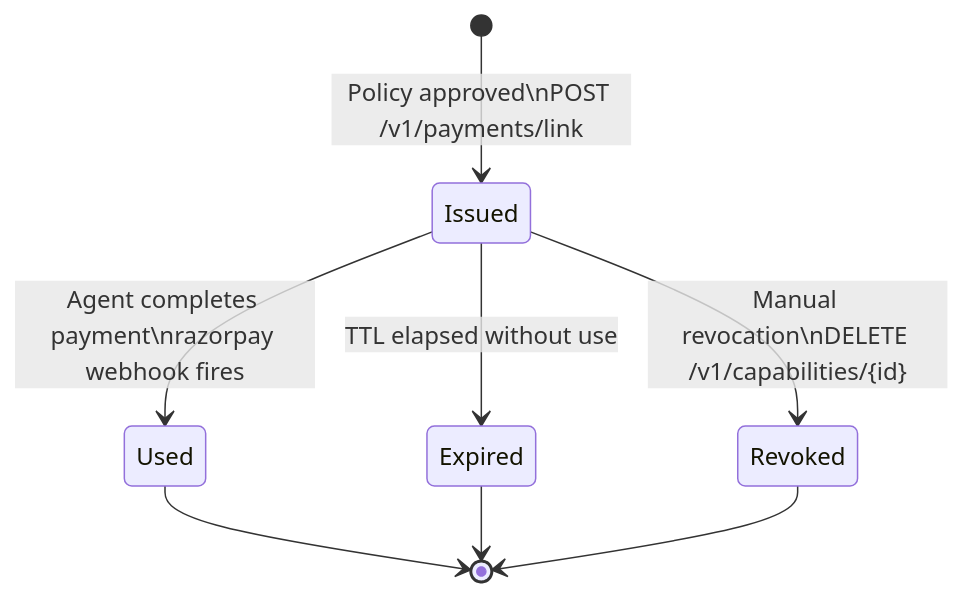
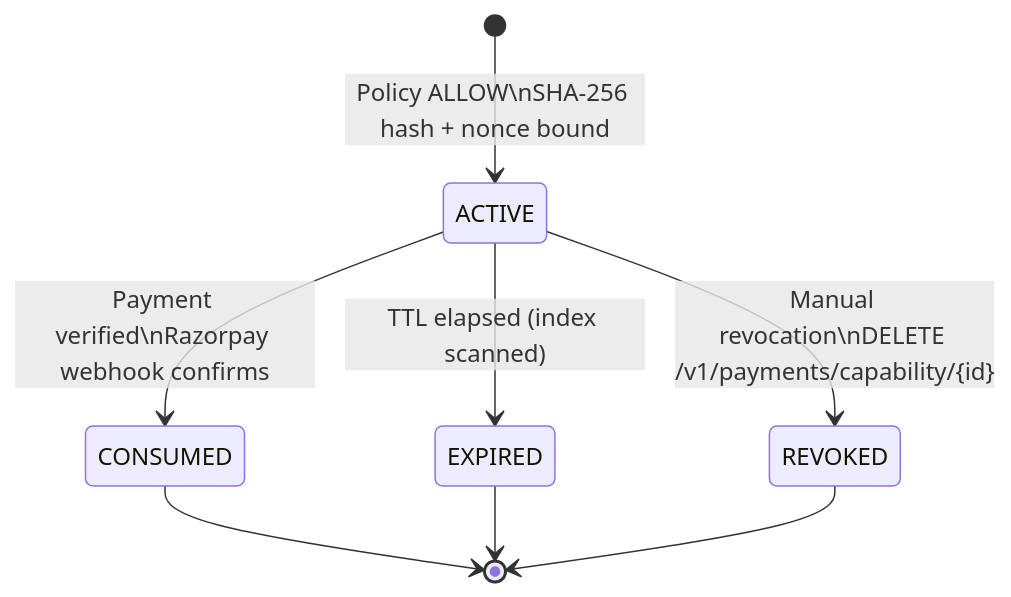
Before and after one commit to simply-mihir/AgentSetu: the sixth of 11 diagrams in README.md, drawn with Mermaid. The commit also changed other lines of this file and 1 other file, not shown here.

````diff
--- a/README.md
+++ b/README.md
@@ -314,10 +400,12 @@
 ```mermaid
 stateDiagram-v2
-    [*] --> Issued : Policy approved\nPOST /v1/payments/link
-    Issued --> Used : Agent completes payment\nrazorpay webhook fires
-    Issued --> Expired : TTL elapsed without use
-    Issued --> Revoked : Manual revocation\nDELETE /v1/capabilities/{id}
-    Used --> [*]
-    Expired --> [*]
-    Revoked --> [*]
+    [*] --> ACTIVE : Policy ALLOW\nSHA-256 hash + nonce bound
+
+    ACTIVE --> CONSUMED : Payment verified\nRazorpay webhook confirms
+    ACTIVE --> EXPIRED : TTL elapsed (index scanned)
+    ACTIVE --> REVOKED : Manual revocation\nDELETE /v1/payments/capability/{id}
+
+    CONSUMED --> [*]
+    EXPIRED --> [*]
+    REVOKED --> [*]
 ```
````
